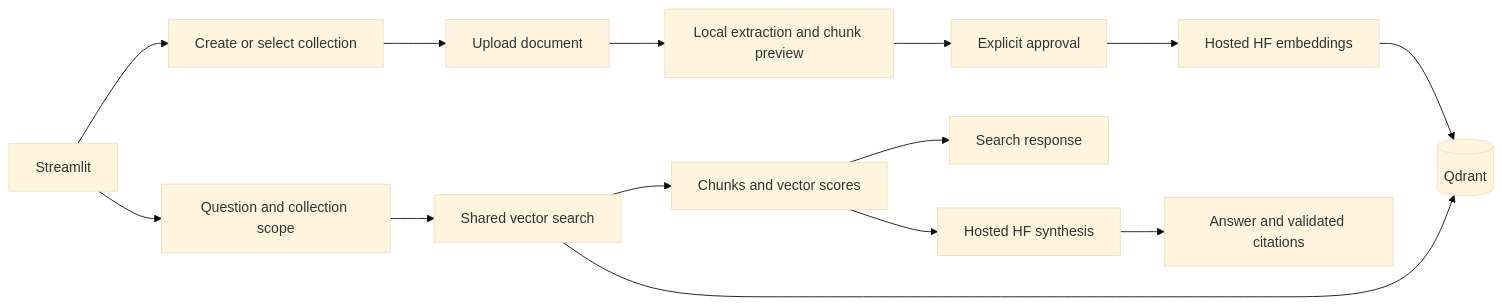
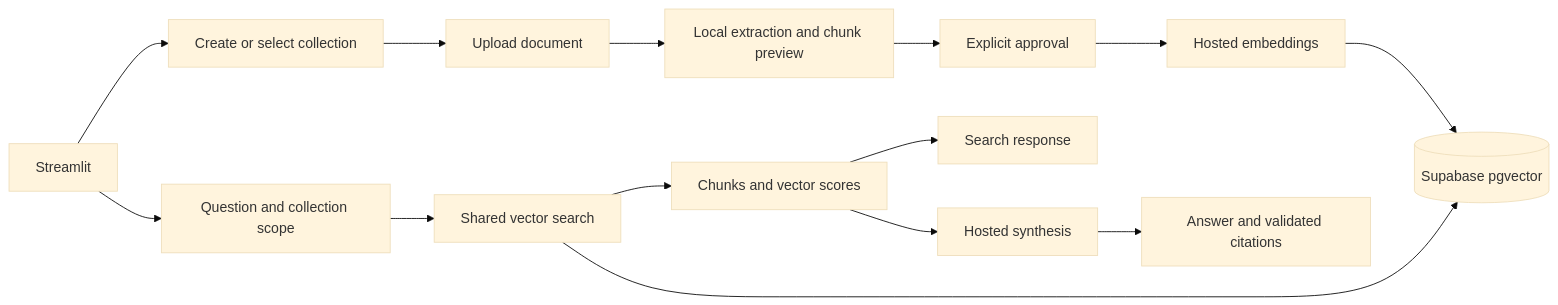
The diagram in docs/baseline-local-setup.md (Shotza247/Supabas_pulse360_RAG), drawn with Mermaid (base theme) before and after one commit. The commit also changed other lines of this file and 6 other files, not shown here.

````diff
--- a/docs/baseline-local-setup.md
+++ b/docs/baseline-local-setup.md
@@ -88,16 +82,16 @@
 ```mermaid
 flowchart LR
     UI[Streamlit] --> Collection[Create or select collection]
     Collection --> Upload[Upload document]
     Upload --> Preview[Local extraction and chunk preview]
     Preview --> Approve[Explicit approval]
-    Approve --> Embed[Hosted HF embeddings]
-    Embed --> Q[(Qdrant)]
+    Approve --> Embed[Hosted embeddings]
+    Embed --> DB[(Supabase pgvector)]
     UI --> Query[Question and collection scope]
     Query --> Search[Shared vector search]
-    Search --> Q
+    Search --> DB
     Search --> Evidence[Chunks and vector scores]
     Evidence --> Result[Search response]
-    Evidence --> LLM[Hosted HF synthesis]
+    Evidence --> LLM[Hosted synthesis]
     LLM --> Answer[Answer and validated citations]
 ```
````
